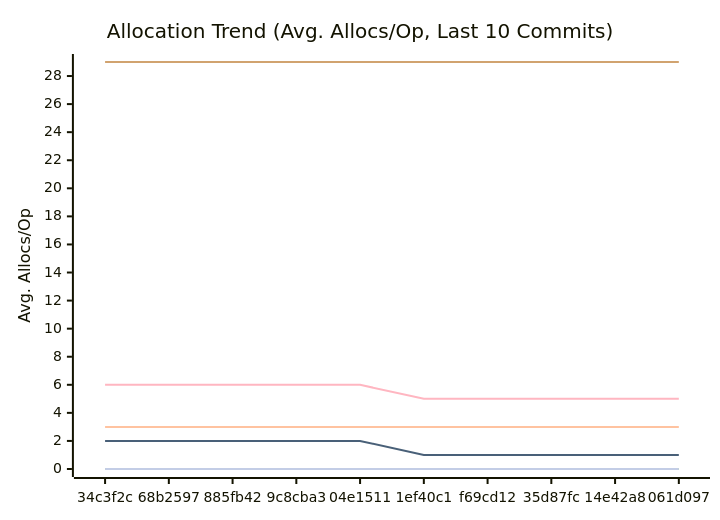
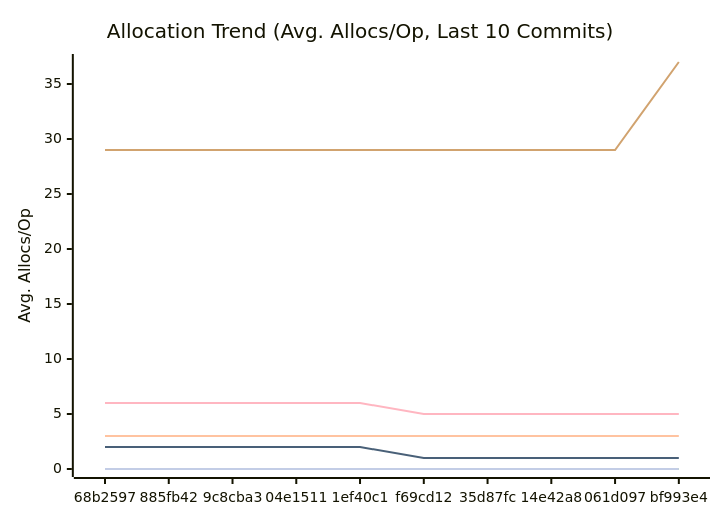
One commit to alsotoes/momo changed the third of 3 diagrams in docs/PERFORMANCE.md. Above: the diagram before and after it, drawn with Mermaid. The commit also changed other lines of this file and 168 other files, not shown here.

````diff
--- a/docs/PERFORMANCE.md
+++ b/docs/PERFORMANCE.md
@@ -114,16 +116,16 @@
 ```mermaid
 xychart-beta
     title "Allocation Trend (Avg. Allocs/Op, Last 10 Commits)"
     x-axis "Commit"
     y-axis "Avg. Allocs/Op"
-    x-axis [34c3f2c,68b2597,885fb42,9c8cba3,04e1511,1ef40c1,f69cd12,35d87fc,14e42a8,061d097]
+    x-axis [68b2597,885fb42,9c8cba3,04e1511,1ef40c1,f69cd12,35d87fc,14e42a8,061d097,bf993e4]
     line "CheckMetricsAndSwap" [0,0,0,0,0,0,0,0,0,0]
     line "CrushOptimized" [0,0,0,0,0,0,0,0,0,0]
     line "CrushOriginal" [3,3,3,3,3,3,3,3,3,3]
     line "IndexDirectTracking" [0,0,0,0,0,0,0,0,0,0]
     line "IndexSearch" [0,0,0,0,0,0,0,0,0,0]
-    line "LoadGlobalConfig" [29,29,29,29,29,29,29,29,29,29]
+    line "LoadGlobalConfig" [29,29,29,29,29,29,29,29,29,37]
     line "PadString" [0,0,0,0,0,0,0,0,0,0]
     line "ParseReplicationOrder_NoPrealloc" [6,6,6,6,6,5,5,5,5,5]
     line "ParseReplicationOrder_Prealloc" [2,2,2,2,2,1,1,1,1,1]
 ```
````
